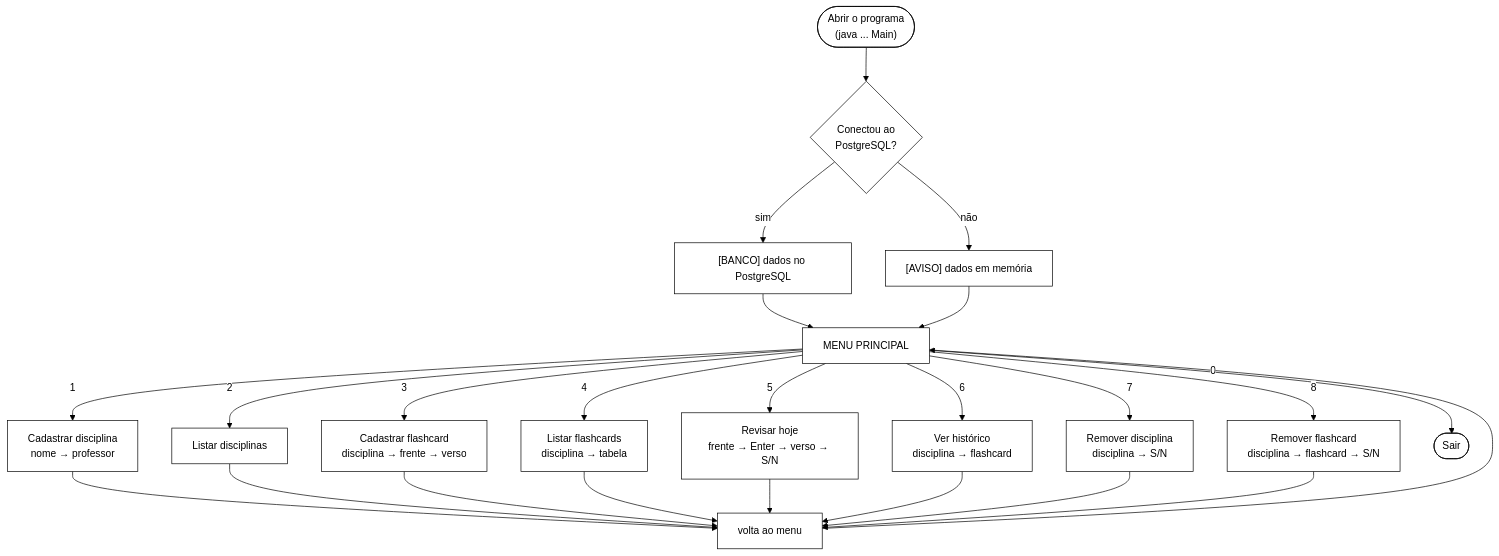
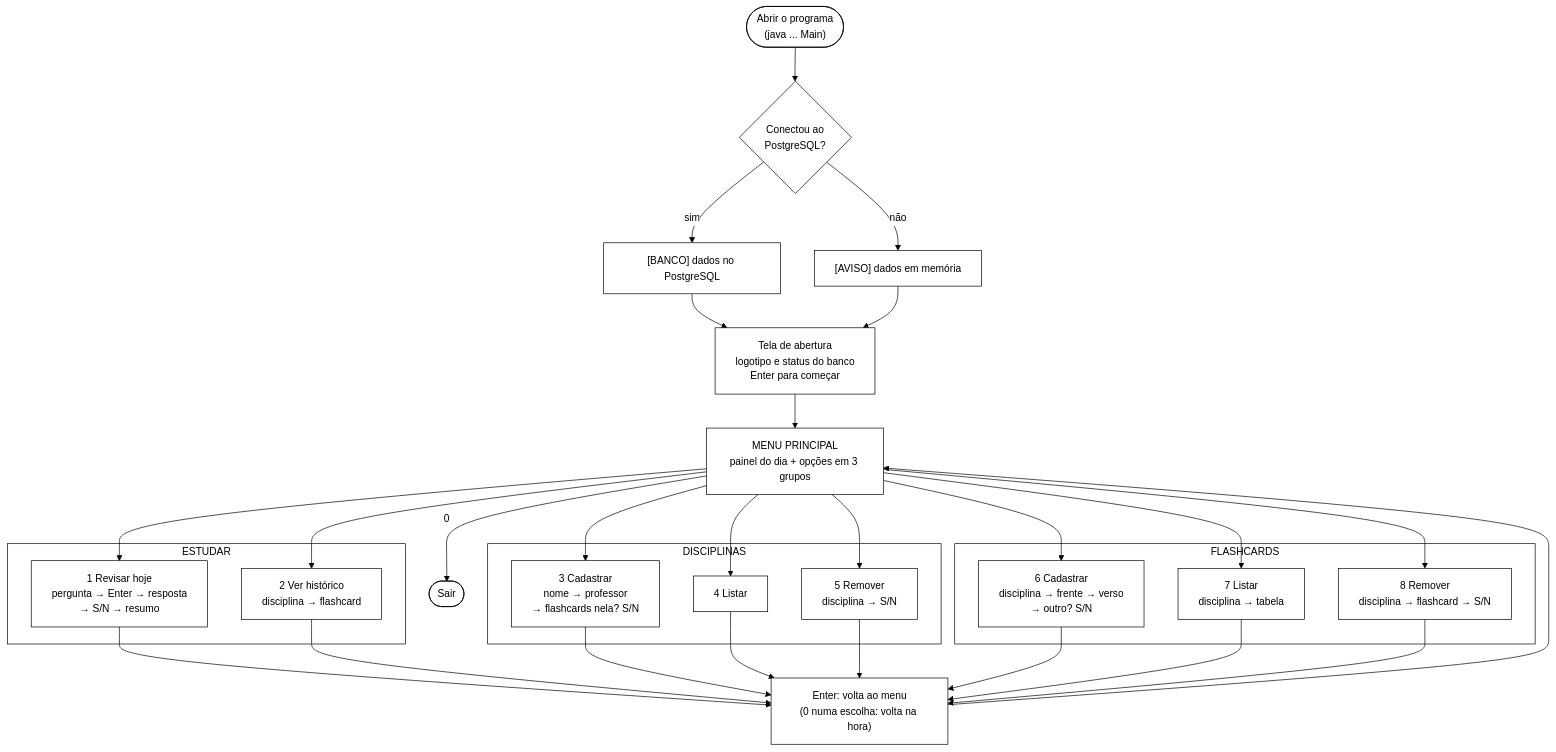
Before and after one commit to AndraxZin/Cadencia: the diagram in docs/diagramas/mapa-navegacao.mmd, drawn with Mermaid. The commit also changed 19 other files, not shown here.

```diff
--- a/docs/diagramas/mapa-navegacao.mmd
+++ b/docs/diagramas/mapa-navegacao.mmd
@@ -1,20 +1,29 @@
-%%{init: {"theme":"base","fontFamily":"Liberation Sans, Arial, sans-serif","themeCSS":".labelBkg{background-color:#ffffff !important;} .edgeLabel{background-color:#ffffff !important;}","themeVariables":{"background":"#ffffff","primaryColor":"#ffffff","primaryTextColor":"#000000","primaryBorderColor":"#000000","secondaryColor":"#ffffff","tertiaryColor":"#ffffff","lineColor":"#000000","textColor":"#000000","mainBkg":"#ffffff","nodeBorder":"#000000","edgeLabelBackground":"#ffffff","clusterBkg":"#ffffff","clusterBorder":"#000000","fontFamily":"Liberation Sans, Arial, sans-serif","fontSize":"15px"}}}%%
+%%{init: {"theme":"base","fontFamily":"Liberation Sans, Arial, sans-serif","themeCSS":".labelBkg{background-color:#ffffff !important;} .edgeLabel{background-color:#ffffff !important;} .cluster-label{font-weight:bold;}","themeVariables":{"background":"#ffffff","primaryColor":"#ffffff","primaryTextColor":"#000000","primaryBorderColor":"#000000","secondaryColor":"#ffffff","tertiaryColor":"#ffffff","lineColor":"#000000","textColor":"#000000","mainBkg":"#ffffff","nodeBorder":"#000000","edgeLabelBackground":"#ffffff","clusterBkg":"#ffffff","clusterBorder":"#000000","fontFamily":"Liberation Sans, Arial, sans-serif","fontSize":"15px"}}}%%
 flowchart TD
     INICIO(["Abrir o programa<br/>(java ... Main)"]) --> CONEXAO{"Conectou ao<br/>PostgreSQL?"}
     CONEXAO -- sim --> BANCO["[BANCO] dados no PostgreSQL"]
     CONEXAO -- não --> MEMORIA["[AVISO] dados em memória"]
-    BANCO --> MENU
-    MEMORIA --> MENU
-    MENU["MENU PRINCIPAL"]
-    MENU -- 1 --> O1["Cadastrar disciplina<br/>nome → professor"]
-    MENU -- 2 --> O2["Listar disciplinas"]
-    MENU -- 3 --> O3["Cadastrar flashcard<br/>disciplina → frente → verso"]
-    MENU -- 4 --> O4["Listar flashcards<br/>disciplina → tabela"]
-    MENU -- 5 --> O5["Revisar hoje<br/>frente → Enter → verso → S/N"]
-    MENU -- 6 --> O6["Ver histórico<br/>disciplina → flashcard"]
-    MENU -- 7 --> O7["Remover disciplina<br/>disciplina → S/N"]
-    MENU -- 8 --> O8["Remover flashcard<br/>disciplina → flashcard → S/N"]
+    BANCO --> ABERTURA
+    MEMORIA --> ABERTURA
+    ABERTURA["Tela de abertura<br/>logotipo e status do banco<br/>Enter para começar"] --> MENU
+    MENU["MENU PRINCIPAL<br/>painel do dia + opções em 3 grupos"]
+    subgraph ESTUDAR
+        O1["1 Revisar hoje<br/>pergunta → Enter → resposta<br/>→ S/N → resumo"]
+        O2["2 Ver histórico<br/>disciplina → flashcard"]
+    end
+    subgraph DISCIPLINAS
+        O3["3 Cadastrar<br/>nome → professor<br/>→ flashcards nela? S/N"]
+        O4["4 Listar"]
+        O5["5 Remover<br/>disciplina → S/N"]
+    end
+    subgraph FLASHCARDS
+        O6["6 Cadastrar<br/>disciplina → frente → verso<br/>→ outro? S/N"]
+        O7["7 Listar<br/>disciplina → tabela"]
+        O8["8 Remover<br/>disciplina → flashcard → S/N"]
+    end
+    MENU --> O1 & O2
+    MENU --> O3 & O4 & O5
+    MENU --> O6 & O7 & O8
     MENU -- 0 --> FIM(["Sair"])
-    O1 & O2 & O3 & O4 --> VOLTA["volta ao menu"]
-    O5 & O6 & O7 & O8 --> VOLTA
+    O1 & O2 & O3 & O4 & O5 & O6 & O7 & O8 --> VOLTA["Enter: volta ao menu<br/>(0 numa escolha: volta na hora)"]
     VOLTA --> MENU
```
